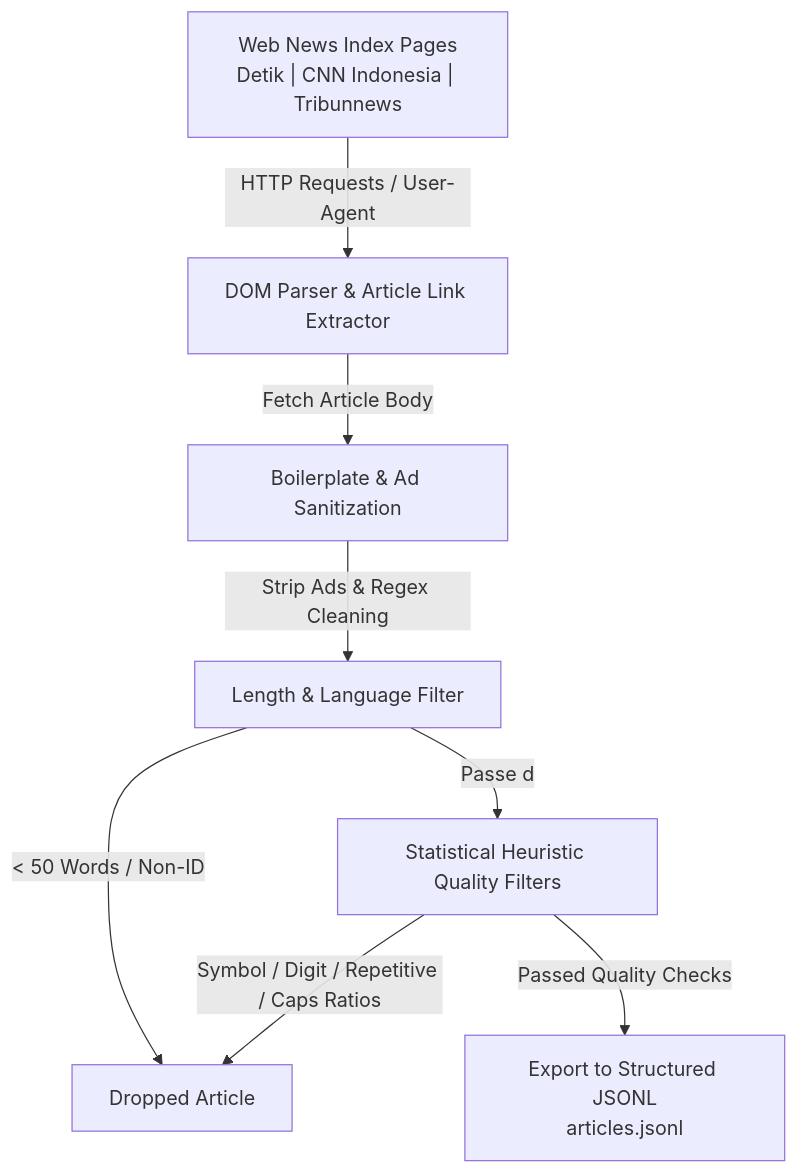
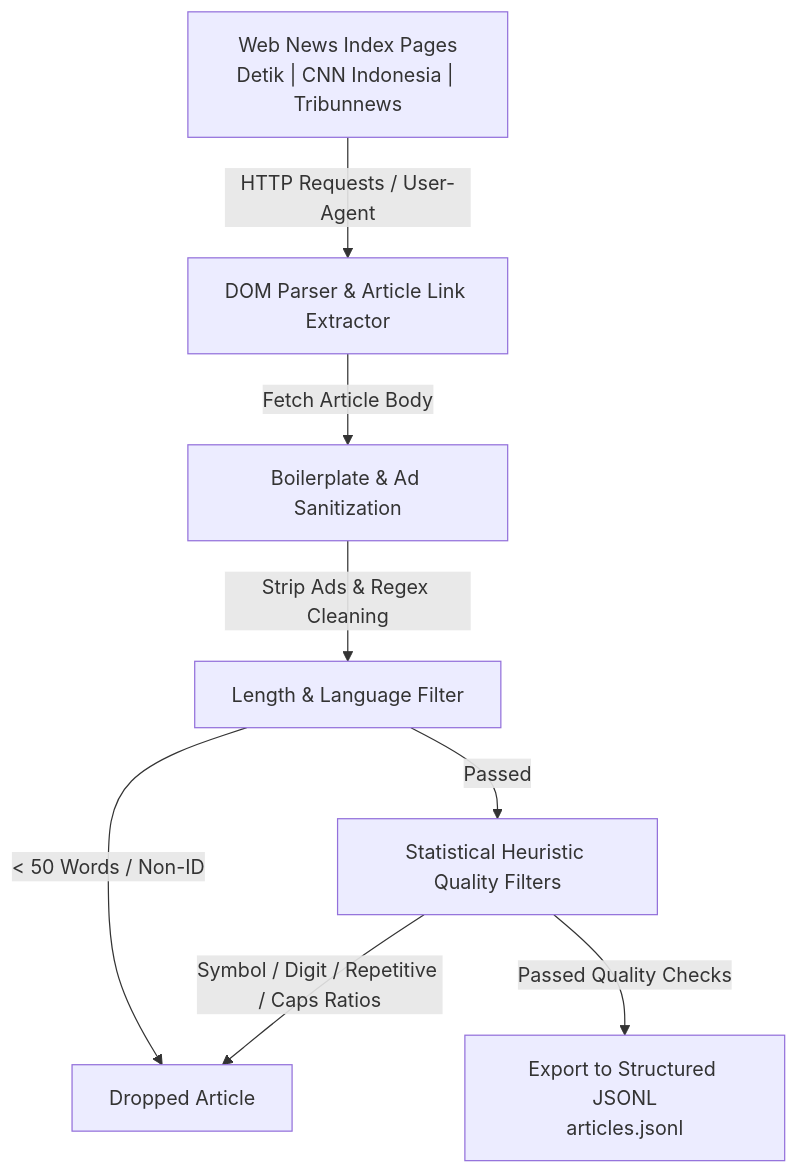
One commit to joshdc21/id-llm-data changed the diagram in README.md. Above: the diagram before and after it, drawn with Mermaid.

Commit message:
Fix typo in README for article processing flow

````diff
--- a/README.md
+++ b/README.md
@@ -19,10 +19,10 @@
 ```mermaid
 flowchart TD
     A["Web News Index Pages<br/>Detik | CNN Indonesia | Tribunnews"] -->|"HTTP Requests / User-Agent"| B["DOM Parser & Article Link Extractor"]
     B -->|"Fetch Article Body"| C["Boilerplate & Ad Sanitization"]
     C -->|"Strip Ads & Regex Cleaning"| D["Length & Language Filter"]
     D -->|"< 50 Words / Non-ID"| X["Dropped Article"]
-    D -->|"Passe  d"| E["Statistical Heuristic Quality Filters"]
+    D -->|"Passed"| E["Statistical Heuristic Quality Filters"]
     E -->|"Symbol / Digit / Repetitive / Caps Ratios"| X
     E -->|"Passed Quality Checks"| F["Export to Structured JSONL<br/>articles.jsonl"]
 ```
````
